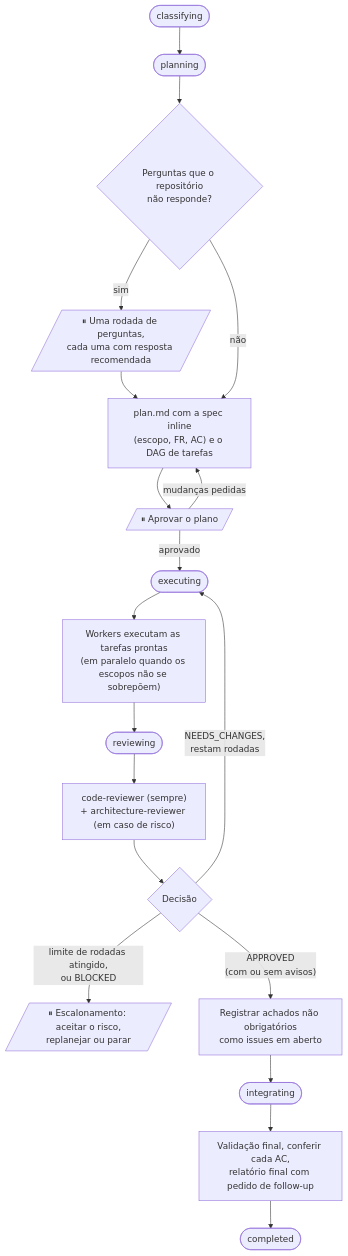
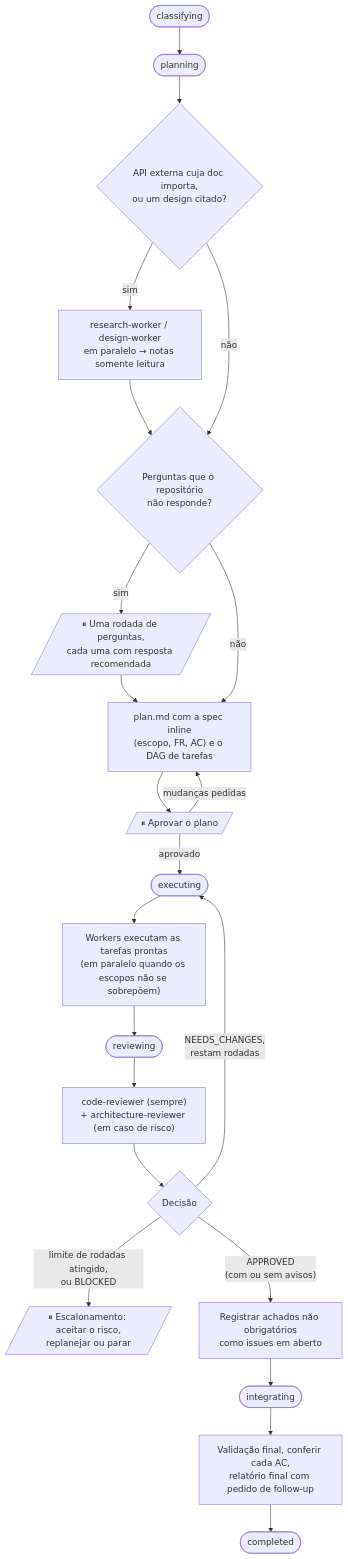
The third of 6 diagrams in docs/guide/workflows.pt-br.md (leoarkiteto/ai-software-factory-kit), drawn with Mermaid before and after one commit. The commit also changed other lines of this file and 17 other files, not shown here.

First line of the commit message:
Show the research and design workers in the diagrams

````diff
--- a/docs/guide/workflows.pt-br.md
+++ b/docs/guide/workflows.pt-br.md
@@ -64,21 +67,24 @@
 ```mermaid
 flowchart TD
     S(["classifying"]) --> P(["planning"])
-    P --> Q1{"Perguntas que o repositório<br/>não responde?"}
+    P --> RQ{"API externa cuja doc importa,<br/>ou um design citado?"}
+    RQ -- sim --> RB["research-worker / design-worker<br/>em paralelo → notas somente leitura"]
+    RB --> Q1
+    RQ -- não --> Q1{"Perguntas que o repositório<br/>não responde?"}
     Q1 -- sim --> U1[/"⏸ Uma rodada de perguntas,<br/>cada uma com resposta recomendada"/]
     U1 --> PL
     Q1 -- não --> PL["plan.md com a spec inline<br/>(escopo, FR, AC) e o DAG de tarefas"]
     PL --> U2[/"⏸ Aprovar o plano"/]
     U2 -- "mudanças pedidas" --> PL
     U2 -- aprovado --> E(["executing"])
     E --> W["Workers executam as tarefas prontas<br/>(em paralelo quando os escopos não se sobrepõem)"]
     W --> RV(["reviewing"])
     RV --> CR["code-reviewer (sempre)<br/>+ architecture-reviewer (em caso de risco)"]
     CR --> D{"Decisão"}
     D -- "NEEDS_CHANGES,<br/>restam rodadas" --> E
     D -- "limite de rodadas atingido,<br/>ou BLOCKED" --> U3[/"⏸ Escalonamento: aceitar o risco,<br/>replanejar ou parar"/]
     D -- "APPROVED<br/>(com ou sem avisos)" --> FU["Registrar achados não obrigatórios<br/>como issues em aberto"]
     FU --> IN(["integrating"])
     IN --> AC["Validação final, conferir cada AC,<br/>relatório final com pedido de follow-up"]
     AC --> C(["completed"])
 ```
````
